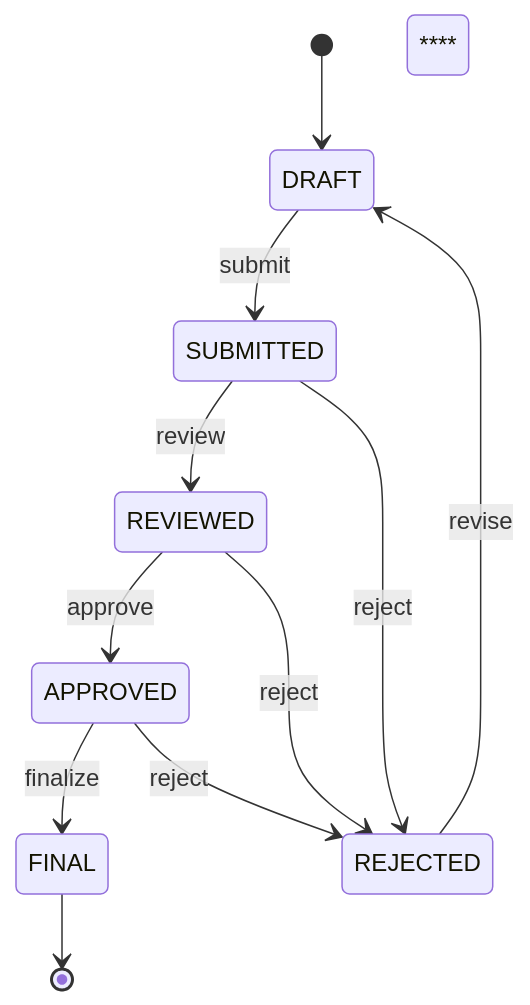
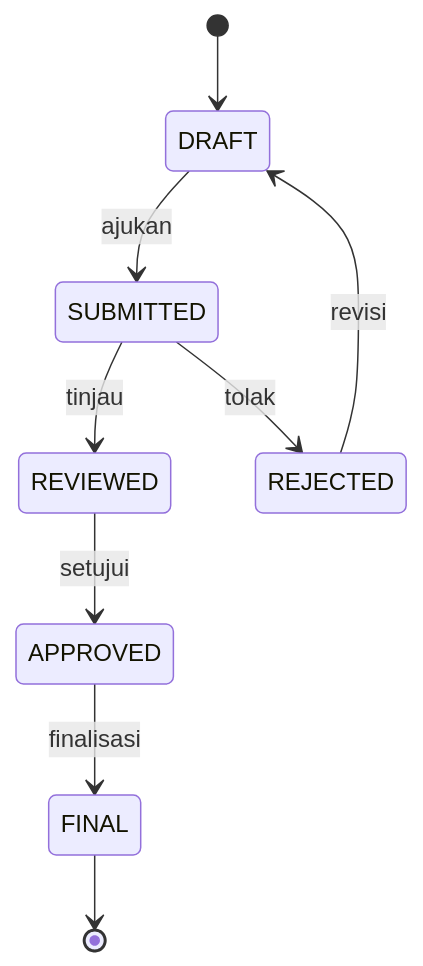
One commit to zuudevs/SAQ-ERP changed the diagram in docs/Blueprint.md. Above: the diagram before and after it, drawn with Mermaid. The commit also changed other lines of this file and 6 other files, not shown here.

Commit message:
feat: Revise documentation for ERP Lab SAQ; update blueprint, ERD, and tech stack decisions

````diff
--- a/docs/Blueprint.md
+++ b/docs/Blueprint.md
@@ -77,16 +39,11 @@
 ```mermaid
 stateDiagram-v2
     [*] --> DRAFT
-
-    DRAFT --> SUBMITTED : submit
-    SUBMITTED --> REVIEWED : review
-    REVIEWED --> APPROVED : approve
-    APPROVED --> FINAL : finalize
-
-    SUBMITTED --> REJECTED : reject
-    REVIEWED --> REJECTED : reject
-    APPROVED --> REJECTED : reject
-
-    REJECTED --> DRAFT : revise
-    FINAL --> [*]****
+    DRAFT --> SUBMITTED : ajukan
+    SUBMITTED --> REVIEWED : tinjau
+    REVIEWED --> APPROVED : setujui
+    APPROVED --> FINAL : finalisasi
+    SUBMITTED --> REJECTED : tolak
+    REJECTED --> DRAFT : revisi
+    FINAL --> [*]
 ```
````
